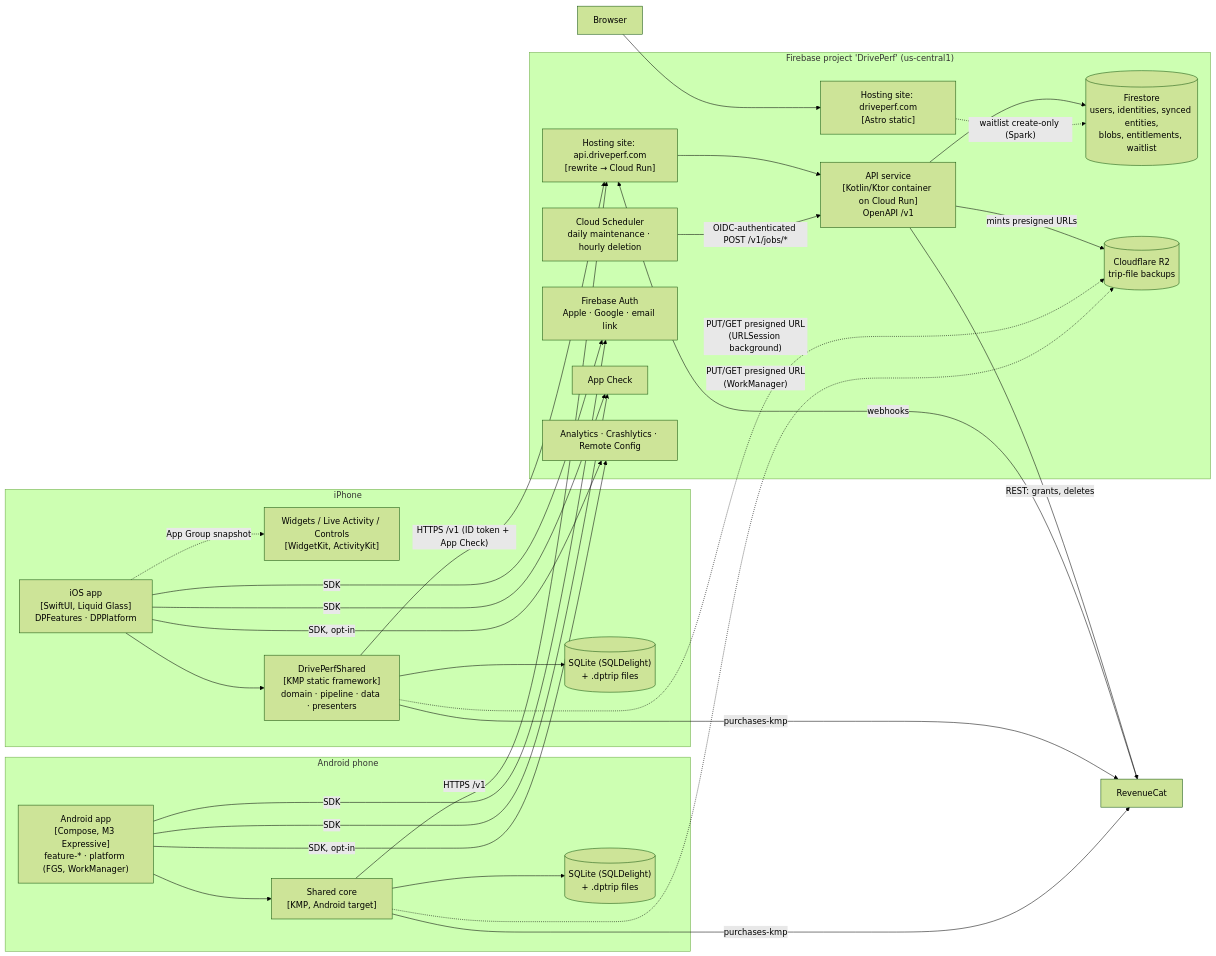
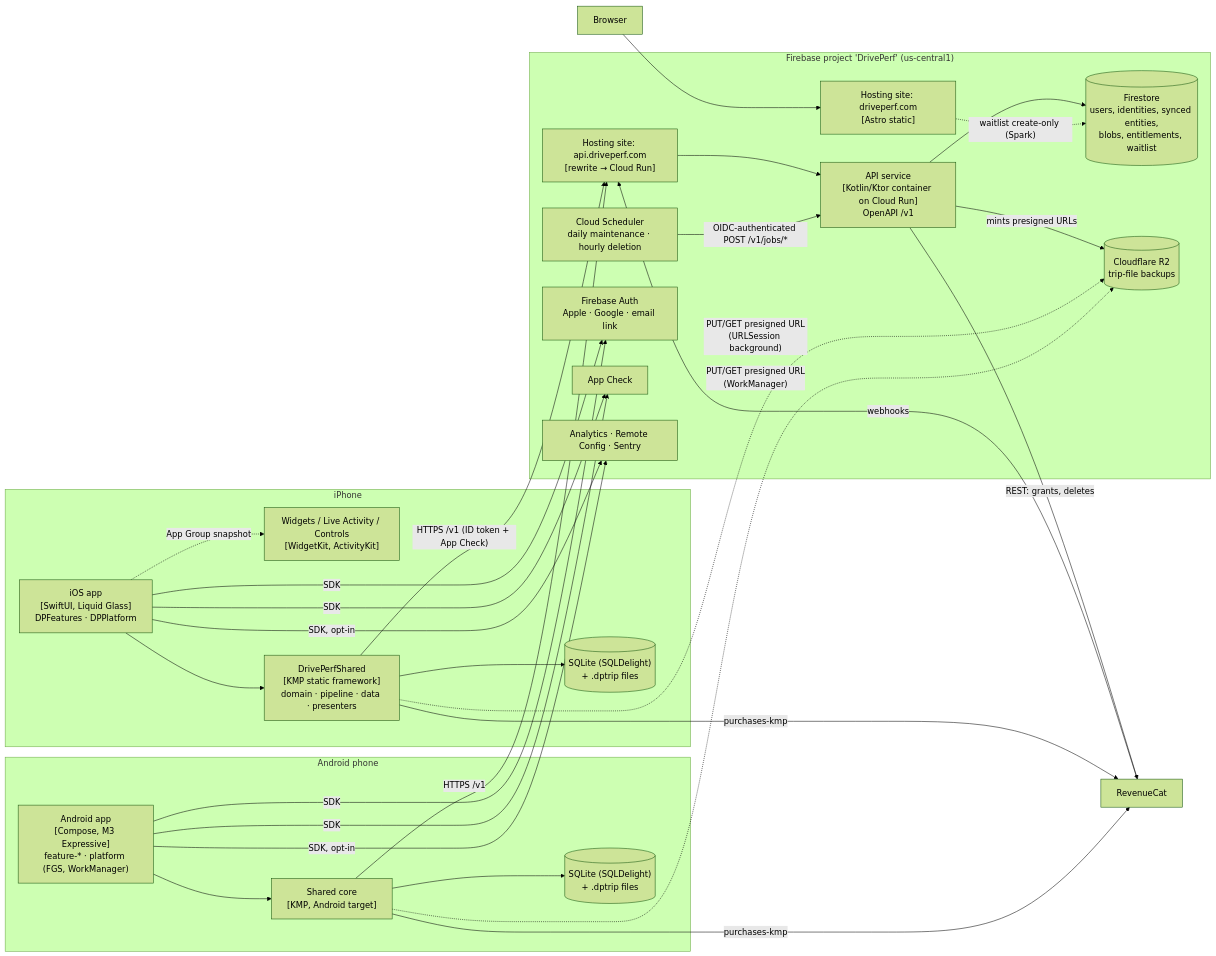
One commit to theKeval/DrivePerf changed the second of 5 diagrams in docs/architecture/overview.md. Above: the diagram before and after it, drawn with Mermaid (forest theme). The commit also changed other lines of this file and 29 other files, not shown here.

First line of the commit message:
DRIVE-46: Firebase Analytics + Sentry for crash reports (Gate 4)

````diff
--- a/docs/architecture/overview.md
+++ b/docs/architecture/overview.md
@@ -53,51 +53,51 @@
 ```mermaid
 flowchart LR
     subgraph phone_ios["iPhone"]
         ios["iOS app<br/>[SwiftUI, Liquid Glass]<br/>DPFeatures · DPPlatform"]
         iosext["Widgets / Live Activity / Controls<br/>[WidgetKit, ActivityKit]"]
         kmpi["DrivePerfShared<br/>[KMP static framework]<br/>domain · pipeline · data · presenters"]
         dbi[("SQLite (SQLDelight)<br/>+ .dptrip files")]
         ios --> kmpi --> dbi
         ios -.->|"App Group snapshot"| iosext
     end
     subgraph phone_and["Android phone"]
         andapp["Android app<br/>[Compose, M3 Expressive]<br/>feature-* · platform (FGS, WorkManager)"]
         kmpa["Shared core<br/>[KMP, Android target]"]
         dba[("SQLite (SQLDelight)<br/>+ .dptrip files")]
         andapp --> kmpa --> dba
     end
 
     subgraph fb["Firebase project 'DrivePerf' (us-central1)"]
         hostweb["Hosting site: driveperf.com<br/>[Astro static]"]
         hostapi["Hosting site: api.driveperf.com<br/>[rewrite → Cloud Run]"]
         api["API service<br/>[Kotlin/Ktor container on Cloud Run]<br/>OpenAPI /v1"]
         fs[("Firestore<br/>users, identities, synced entities,<br/>blobs, entitlements, waitlist")]
         r2[("Cloudflare R2<br/>trip-file backups")]
         sched["Cloud Scheduler<br/>daily maintenance · hourly deletion"]
         auth["Firebase Auth<br/>Apple · Google · email link"]
         appcheck["App Check"]
-        telem["Analytics · Crashlytics · Remote Config"]
+        telem["Analytics · Remote Config · Sentry"]
     end
     rc["RevenueCat"]
 
     kmpi -->|"HTTPS /v1 (ID token + App Check)"| hostapi
     kmpa -->|"HTTPS /v1"| hostapi
     hostapi --> api
     api --> fs
     api -->|"mints presigned URLs"| r2
     kmpi -.->|"PUT/GET presigned URL<br/>(URLSession background)"| r2
     kmpa -.->|"PUT/GET presigned URL<br/>(WorkManager)"| r2
     sched -->|"OIDC-authenticated POST /v1/jobs/*"| api
     ios -->|"SDK"| auth
     andapp -->|"SDK"| auth
     ios -->|"SDK"| appcheck
     andapp -->|"SDK"| appcheck
     ios -->|"SDK, opt-in"| telem
     andapp -->|"SDK, opt-in"| telem
     kmpi -->|"purchases-kmp"| rc
     kmpa -->|"purchases-kmp"| rc
     rc -->|"webhooks"| hostapi
     api -->|"REST: grants, deletes"| rc
     web["Browser"] --> hostweb
     hostweb -.->|"waitlist create-only (Spark)"| fs
 ```
````
